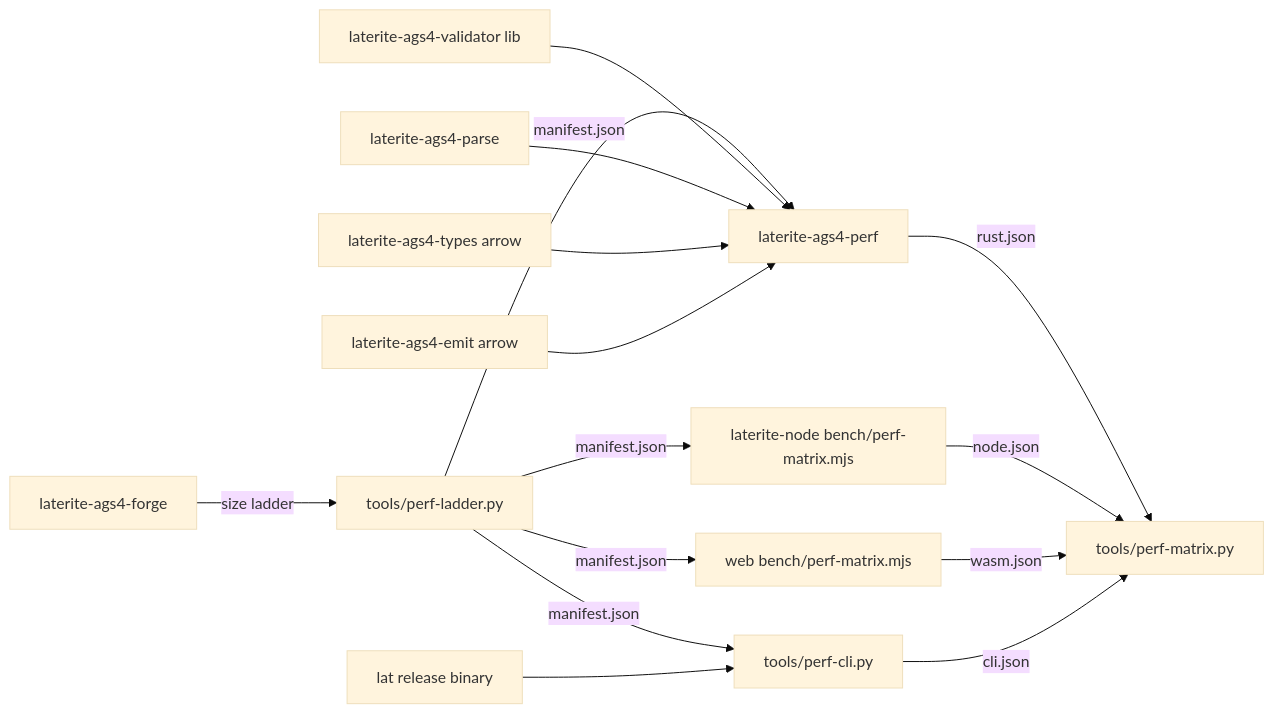
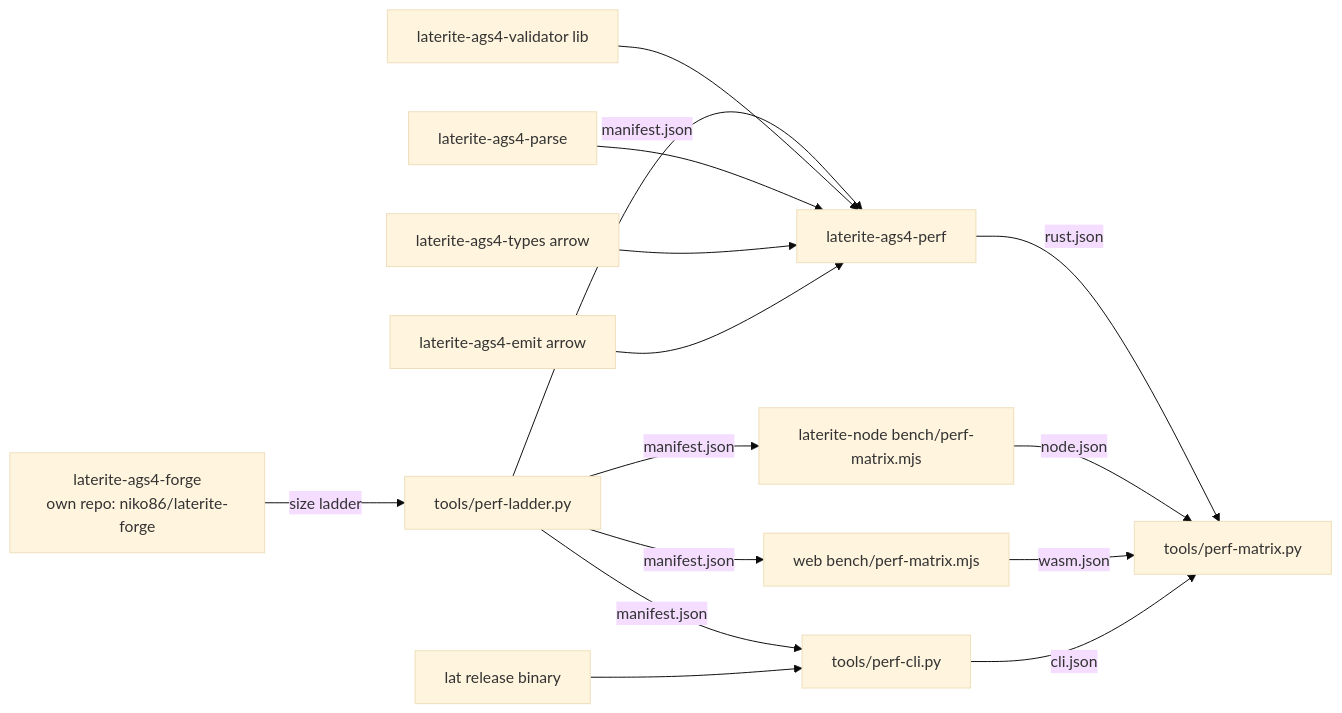
One commit to niko86/laterite changed the diagram in ags-wiki/tools/laterite-ags4-perf.md. Above: the diagram before and after it, drawn with Mermaid (base theme). The commit also changed other lines of this file and 92 other files, not shown here.

First line of the commit message:
chore: forge leaves the workspace for niko86/laterite-forge (#1111) (#1144)

````diff
--- a/ags-wiki/tools/laterite-ags4-perf.md
+++ b/ags-wiki/tools/laterite-ags4-perf.md
@@ -80,17 +80,17 @@
 ```mermaid
 flowchart LR
-  forge[laterite-ags4-forge] -->|size ladder| ladder[tools/perf-ladder.py]
+  forge["laterite-ags4-forge<br/>own repo: niko86/laterite-forge"] -->|size ladder| ladder[tools/perf-ladder.py]
   ladder -->|manifest.json| perf[laterite-ags4-perf]
   ladder -->|manifest.json| nodelane[laterite-node bench/perf-matrix.mjs]
   ladder -->|manifest.json| wasmlane[web bench/perf-matrix.mjs]
   ladder -->|manifest.json| clilane[tools/perf-cli.py]
   val[laterite-ags4-validator lib] --> perf
   parse[laterite-ags4-parse] --> perf
   types[laterite-ags4-types arrow] --> perf
   emit[laterite-ags4-emit arrow] --> perf
   latbin[lat release binary] --> clilane
   perf -->|rust.json| matrix[tools/perf-matrix.py]
   nodelane -->|node.json| matrix
   wasmlane -->|wasm.json| matrix
   clilane -->|cli.json| matrix
 ```
````
